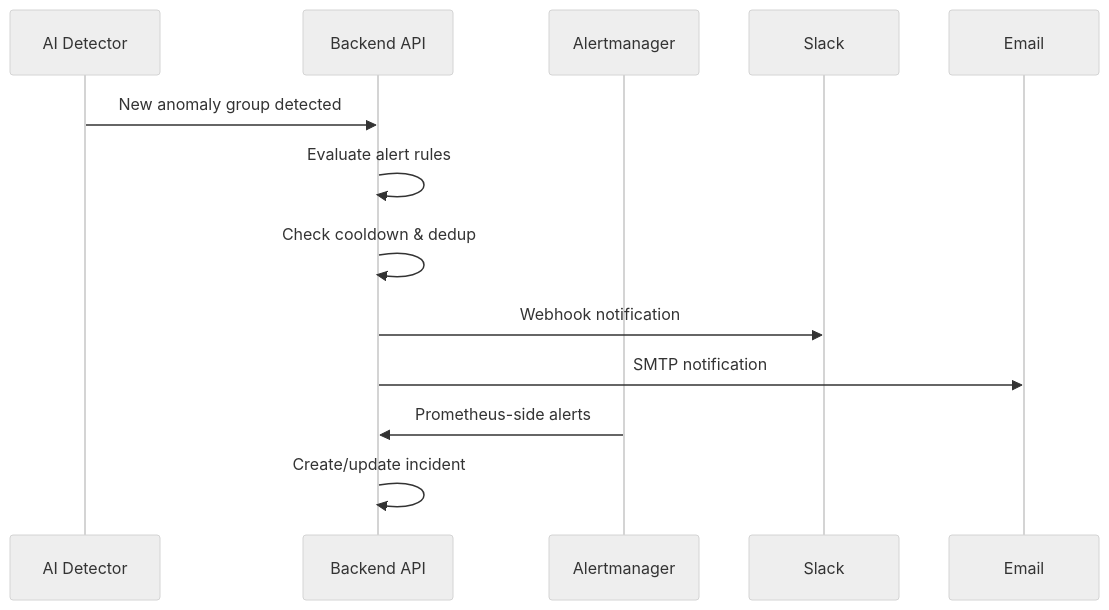
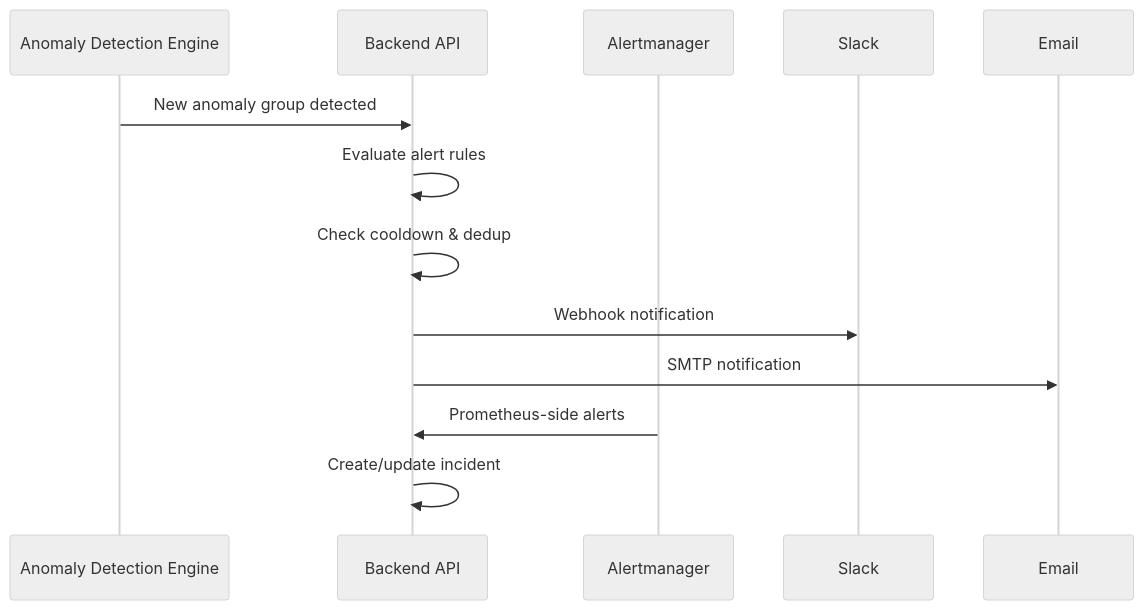
One commit to Rafael2712/rhinometric-overview changed the third of 4 diagrams in ARCHITECTURE.md. Above: the diagram before and after it, drawn with Mermaid (neutral theme). The commit also changed other lines of this file and 9 other files, not shown here.

````diff
--- a/ARCHITECTURE.md
+++ b/ARCHITECTURE.md
@@ -141,16 +144,16 @@
 ```mermaid
 sequenceDiagram
-    participant AI as AI Detector
+    participant AI as Anomaly Detection Engine
     participant BE as Backend API
     participant AM as Alertmanager
     participant Slack as Slack
     participant Email as Email
-    
+
     AI->>BE: New anomaly group detected
     BE->>BE: Evaluate alert rules
     BE->>BE: Check cooldown & dedup
     BE->>Slack: Webhook notification
     BE->>Email: SMTP notification
     AM->>BE: Prometheus-side alerts
     BE->>BE: Create/update incident
 ```
````
